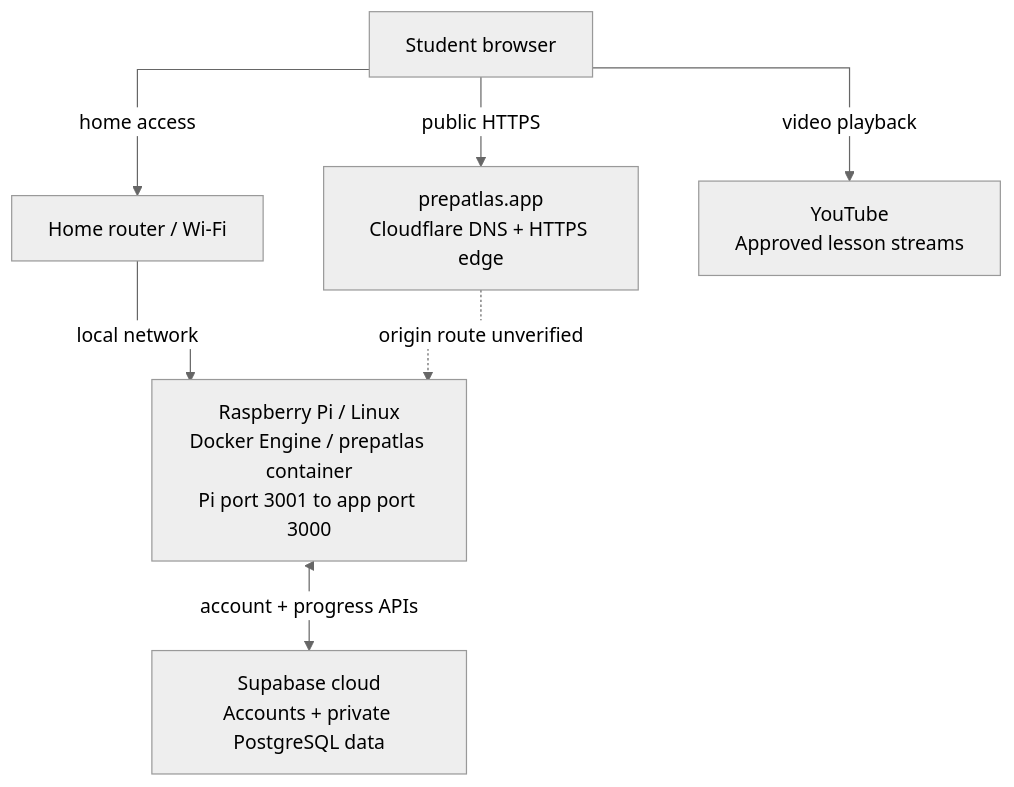
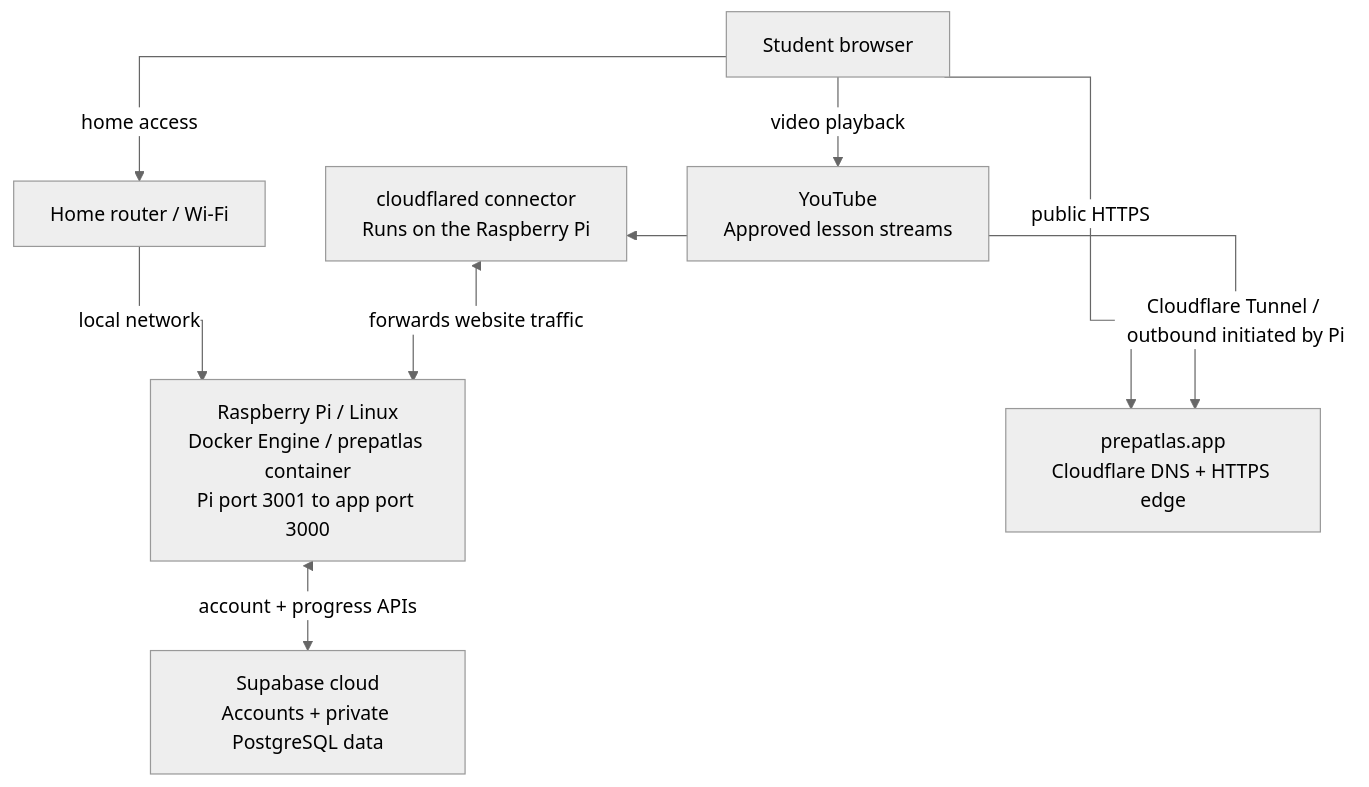
One commit to devananth10/ap-hub changed the first of 4 diagrams in output/pdf/prepatlas-architecture.md. Above: the diagram before and after it, drawn with Mermaid (neutral theme). The commit also changed other lines of this file and 4 other files, not shown here.

Commit message:
Add confirmed Cloudflare Tunnel and Pi connector to architecture diagrams

````diff
--- a/output/pdf/prepatlas-architecture.md
+++ b/output/pdf/prepatlas-architecture.md
@@ -74,16 +78,18 @@
 ```mermaid
 %%{init: {"flowchart": {"curve": "stepAfter"}}}%%
 flowchart TB
   browser[Student browser]
   router[Home router / Wi-Fi]
   pi[Raspberry Pi / Linux<br/>Docker Engine / prepatlas container<br/>Pi port 3001 to app port 3000]
+  connector[cloudflared connector<br/>Runs on the Raspberry Pi]
   domain[prepatlas.app<br/>Cloudflare DNS + HTTPS edge]
   supabase[Supabase cloud<br/>Accounts + private PostgreSQL data]
   youtube[YouTube<br/>Approved lesson streams]
   browser -->|home access| router
   router -->|local network| pi
   browser -->|public HTTPS| domain
-  domain -.->|origin route unverified| pi
+  connector <-->|Cloudflare Tunnel / outbound initiated by Pi| domain
+  connector <-->|forwards website traffic| pi
   pi <-->|account + progress APIs| supabase
   browser -->|video playback| youtube
 ```
````
